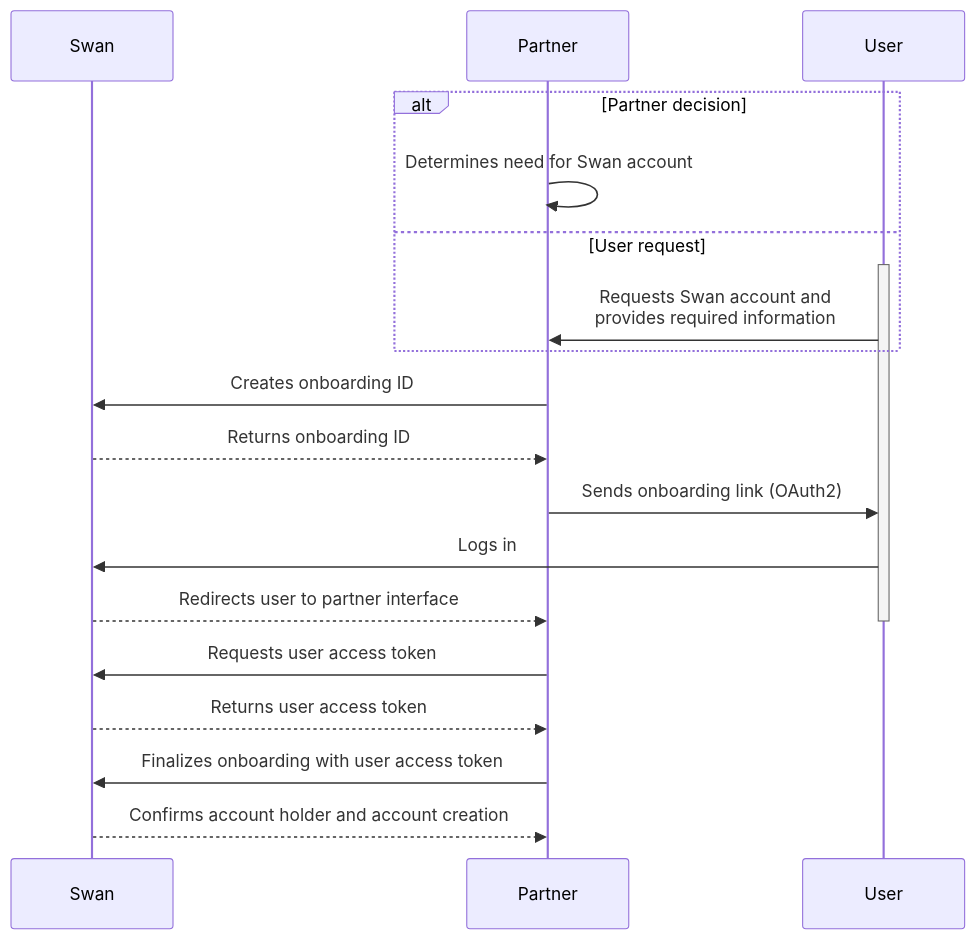
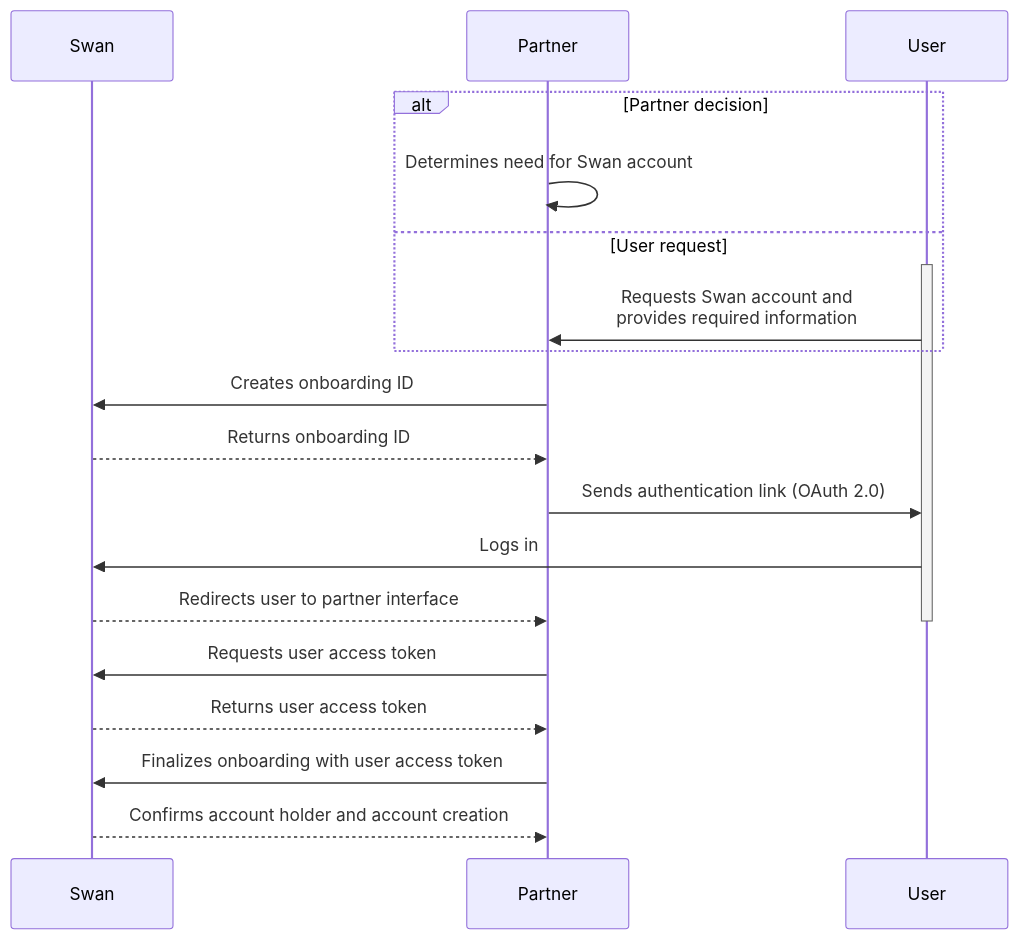
One commit to swan-io/docs changed the second of 2 diagrams in docs/topics/onboarding/index.mdx. Above: the diagram before and after it, drawn with Mermaid. The commit also changed other lines of this file and 41 other files, not shown here.

````diff
--- a/docs/topics/onboarding/index.mdx
+++ b/docs/topics/onboarding/index.mdx
@@ -80,22 +87,22 @@
 ```mermaid
 sequenceDiagram
 participant S as Swan
 participant P as Partner
 participant U as User
     alt Partner decision
         P ->> P: Determines need for Swan account
     else User request
     activate U
         U ->> P: Requests Swan account and<br/>provides required information
     end
     P ->> S: Creates onboarding ID
     S -->> P: Returns onboarding ID
-    P ->> U: Sends onboarding link (OAuth2)
+    P ->> U: Sends authentication link (OAuth 2.0)
     U ->> S: Logs in
     S -->> P: Redirects user to partner interface
     deactivate U
     P ->> S: Requests user access token
     S -->> P: Returns user access token
     P ->> S: Finalizes onboarding with user access token
     S -->> P: Confirms account holder and account creation
 ```
````
